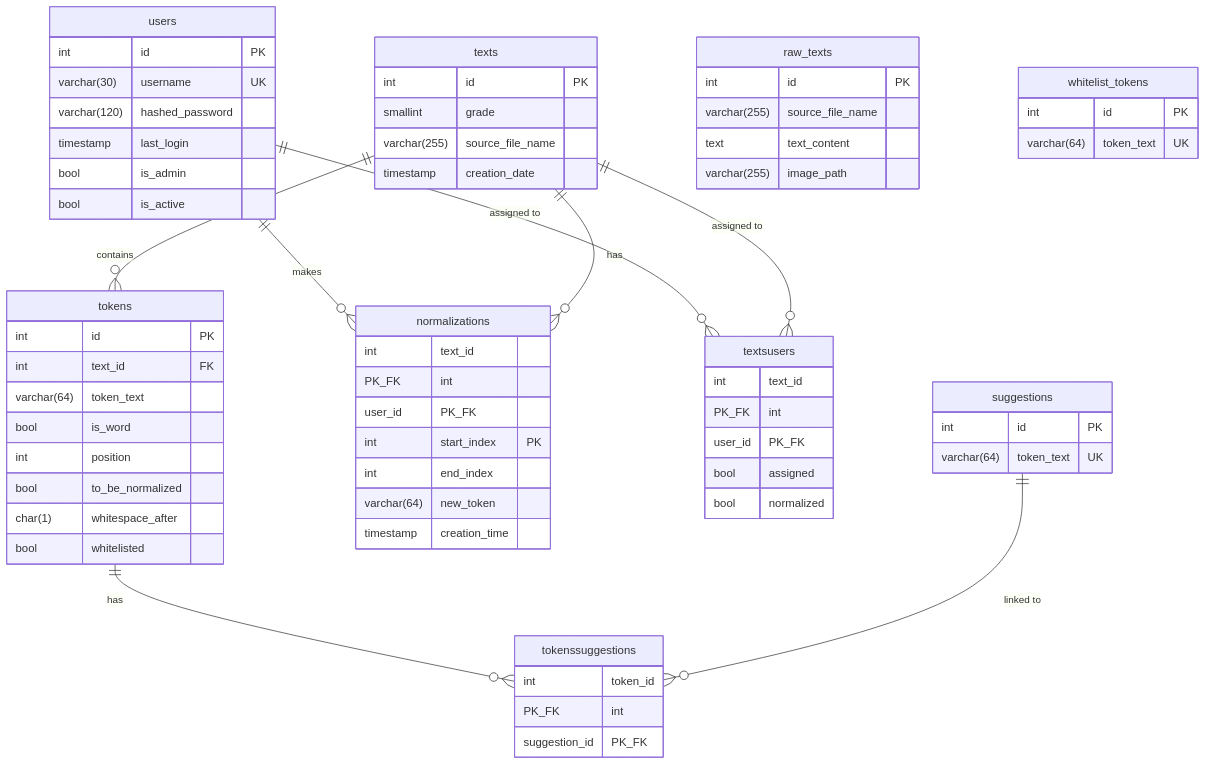
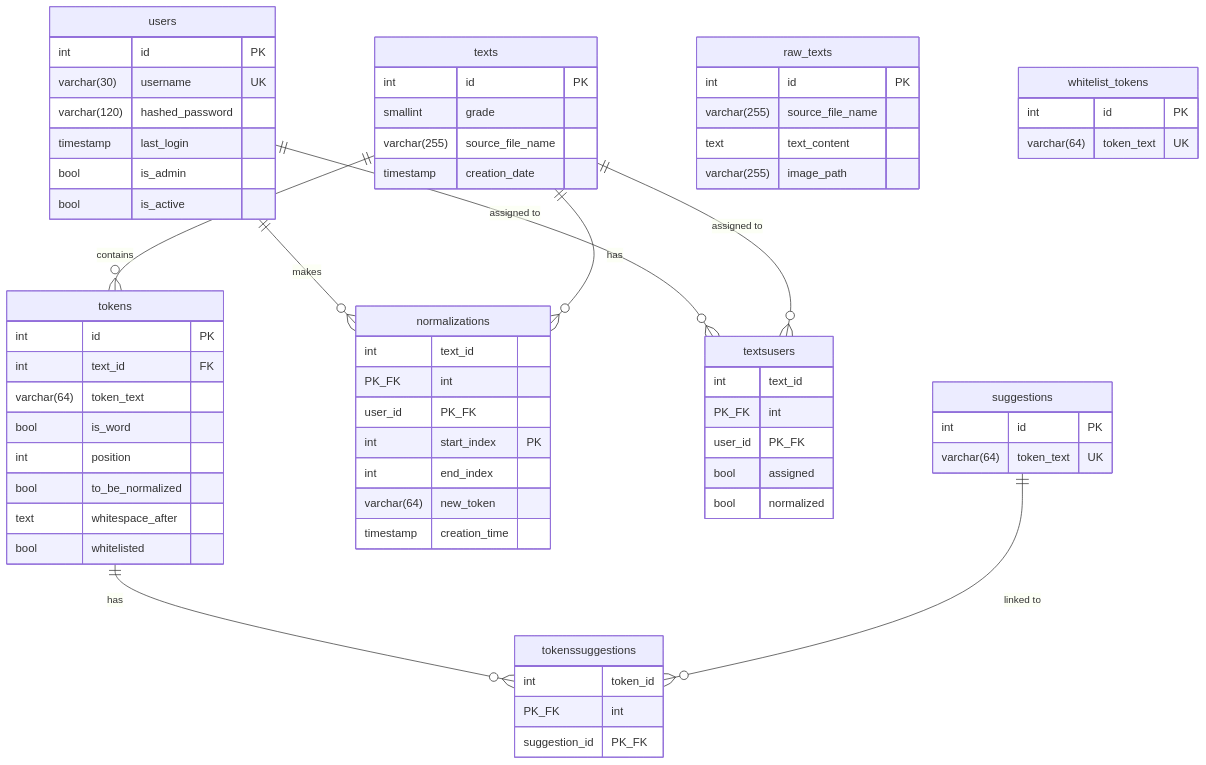
One commit to jhssilv/corcel-platform changed the diagram in api/docs/database.md. Above: the diagram before and after it, drawn with Mermaid. The commit also changed other lines of this file and 3 other files, not shown here.

Commit message:
Temp fix for whitespace_after being always set as ''

````diff
--- a/api/docs/database.md
+++ b/api/docs/database.md
@@ -11,75 +11,75 @@
 ```mermaid
 erDiagram
     users {
         int id PK
         varchar(30) username UK
         varchar(120) hashed_password
         timestamp last_login
         bool is_admin
         bool is_active
     }
 
     texts {
         int id PK
         smallint grade
         varchar(255) source_file_name
         timestamp creation_date
     }
 
     raw_texts {
         int id PK
         varchar(255) source_file_name
         text text_content
         varchar(255) image_path
     }
 
     tokens {
         int id PK
         int text_id FK
         varchar(64) token_text
         bool is_word
         int position
         bool to_be_normalized
-        char(1) whitespace_after
+        text whitespace_after
         bool whitelisted
     }
 
     normalizations {
         int text_id PK_FK
         int user_id PK_FK
         int start_index PK
         int end_index
         varchar(64) new_token
         timestamp creation_time
     }
 
     textsusers {
         int text_id PK_FK
         int user_id PK_FK
         bool assigned
         bool normalized
     }
 
     suggestions {
         int id PK
         varchar(64) token_text UK
     }
 
     tokenssuggestions {
         int token_id PK_FK
         int suggestion_id PK_FK
     }
 
     whitelist_tokens {
         int id PK
         varchar(64) token_text UK
     }
 
     users ||--o{ normalizations : "makes"
     users ||--o{ textsusers : "assigned to"
     texts ||--o{ tokens : "contains"
     texts ||--o{ normalizations : "has"
     texts ||--o{ textsusers : "assigned to"
     tokens ||--o{ tokenssuggestions : "has"
     suggestions ||--o{ tokenssuggestions : "linked to"
 ```
````
